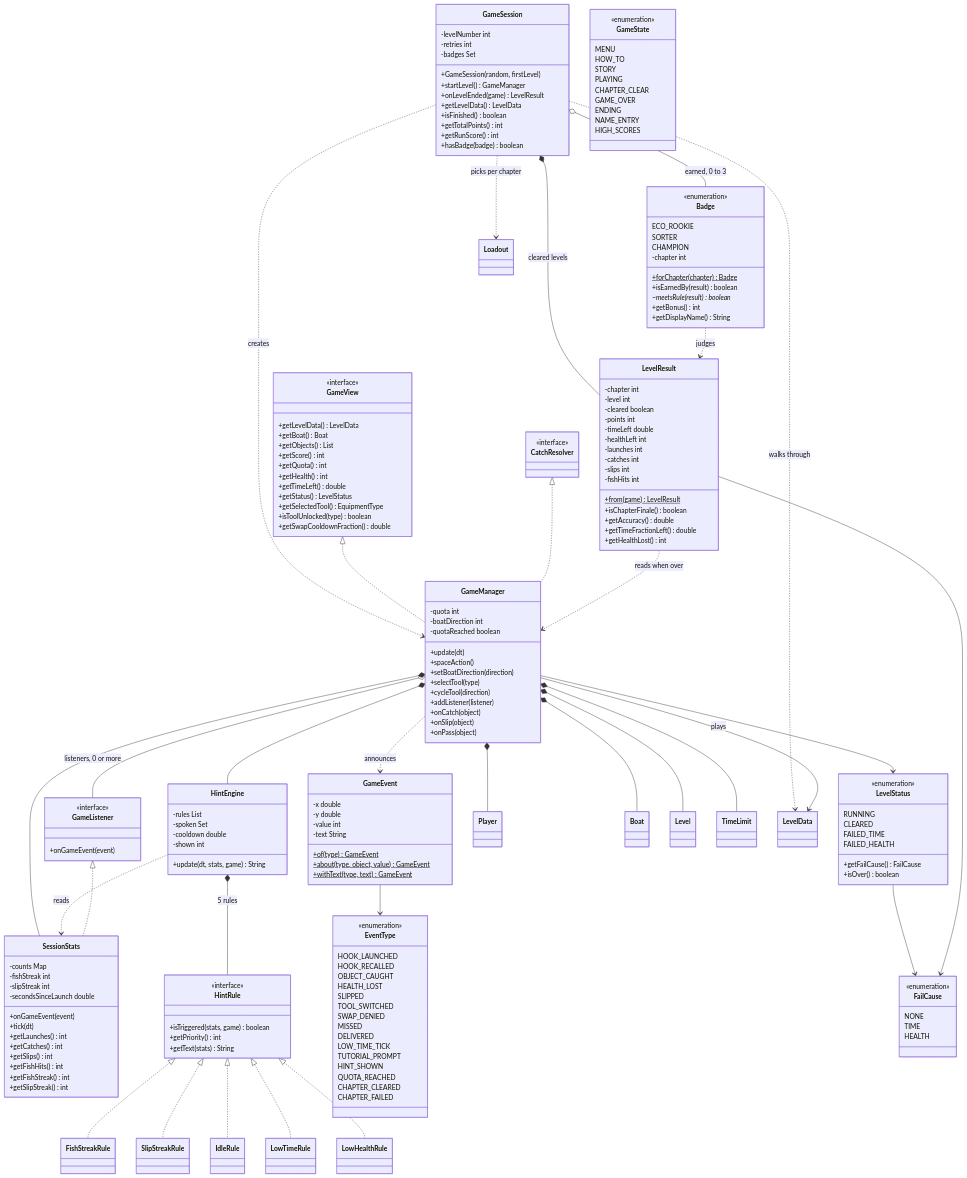
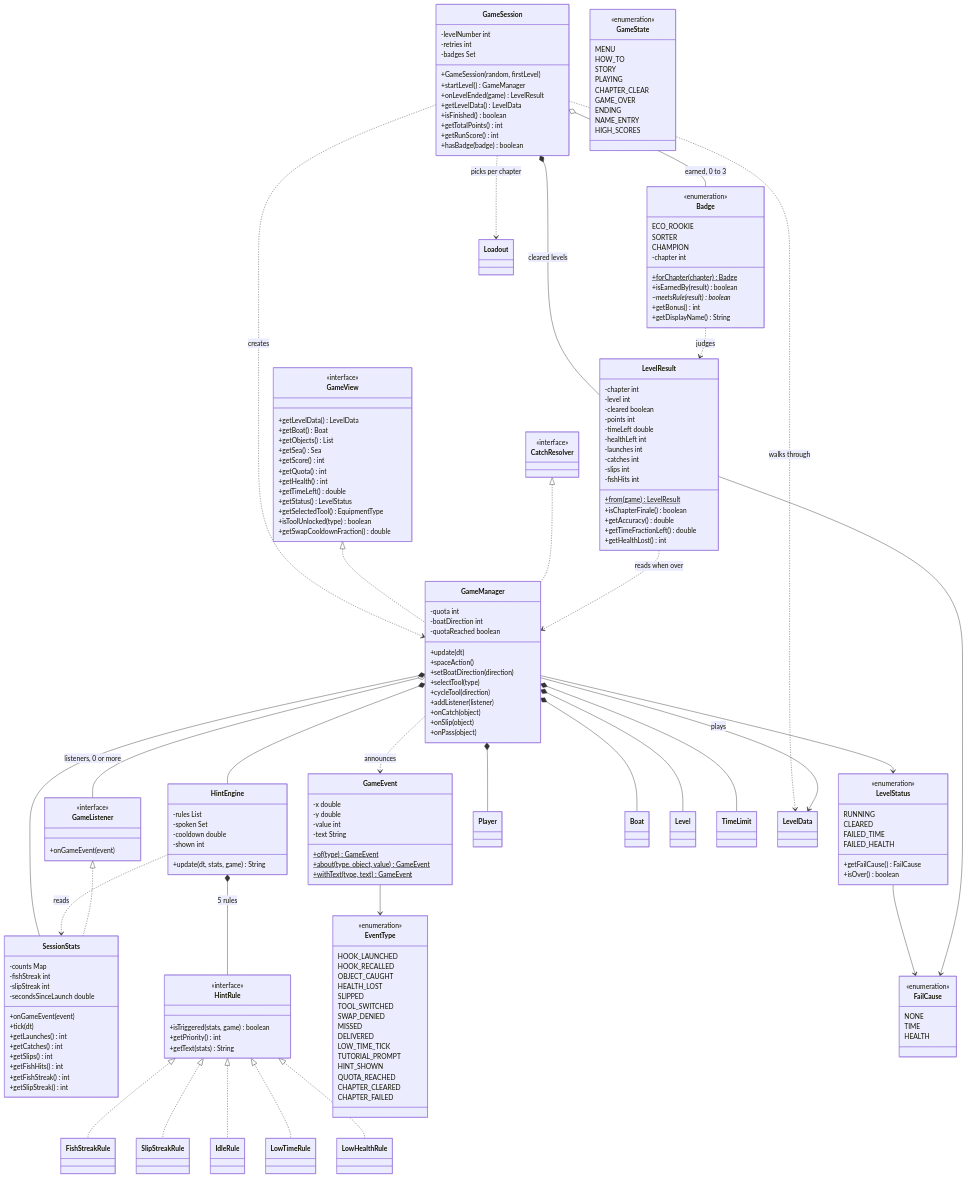
Before and after one commit to NJJAV33/Fish2trash: the fourth of 7 diagrams in docs/class-diagram.md, drawn with Mermaid. The commit also changed other lines of this file and 45 other files, not shown here.

```diff
--- a/docs/class-diagram.md
+++ b/docs/class-diagram.md
@@ -400,6 +473,7 @@
         +getLevelData() LevelData
         +getBoat() Boat
         +getObjects() List
+        +getSea() Sea
         +getScore() int
         +getQuota() int
         +getHealth() int
```
